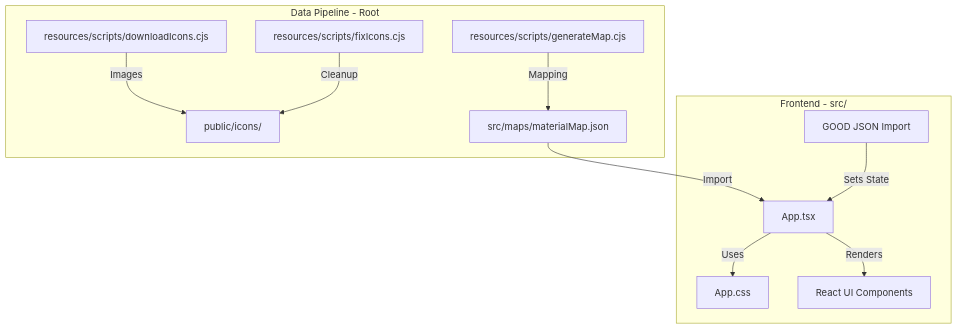
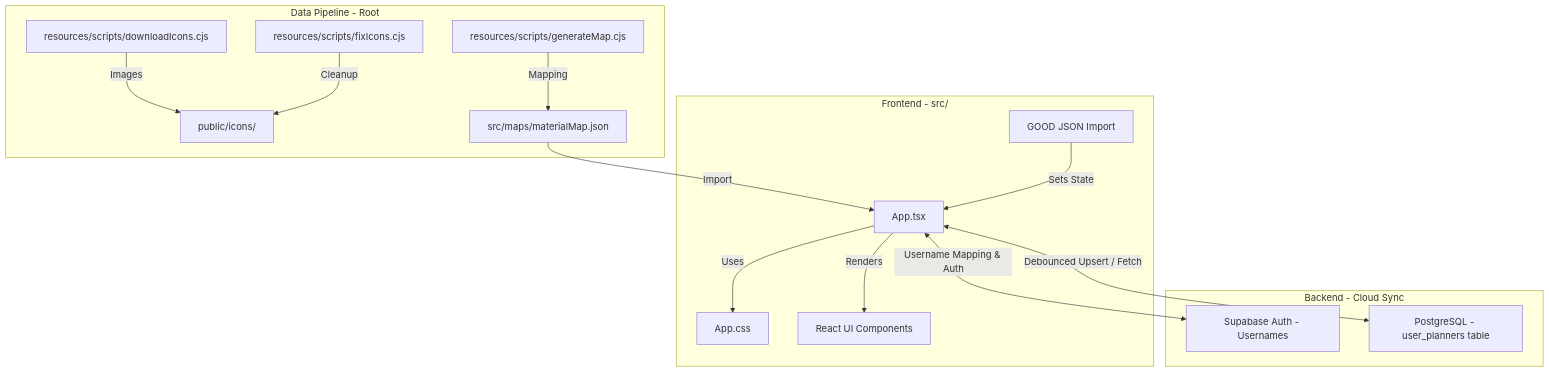
The diagram in resources/docs/ARCHITECTURE.md (DaxiokP/genshin-planner), drawn with Mermaid before and after one commit. The commit also changed other lines of this file and 11 other files, not shown here.

Commit message:
Auth modal: integrate username auth and dynamic custom profiles

````diff
--- a/resources/docs/ARCHITECTURE.md
+++ b/resources/docs/ARCHITECTURE.md
@@ -14,15 +15,22 @@
 ```mermaid
 graph TD
     subgraph Scripts [Data Pipeline - Root]
         A[resources/scripts/downloadIcons.cjs] -->|Images| Public[public/icons/]
         B[resources/scripts/generateMap.cjs] -->|Mapping| Data[src/maps/materialMap.json]
         C[resources/scripts/fixIcons.cjs] -->|Cleanup| Public
     end
 
+    subgraph Supabase [Backend - Cloud Sync]
+        Auth[Supabase Auth - Usernames]
+        DB[PostgreSQL - user_planners table]
+    end
+
     subgraph App [Frontend - src/]
         Data -->|Import| Main[App.tsx]
         Main -->|Uses| CSS[App.css]
         Main -->|Renders| UI[React UI Components]
         GOOD[GOOD JSON Import] -->|Sets State| Main
+        Main <-->|Username Mapping & Auth| Auth
+        Main <-->|Debounced Upsert / Fetch| DB
     end
 ```
````
